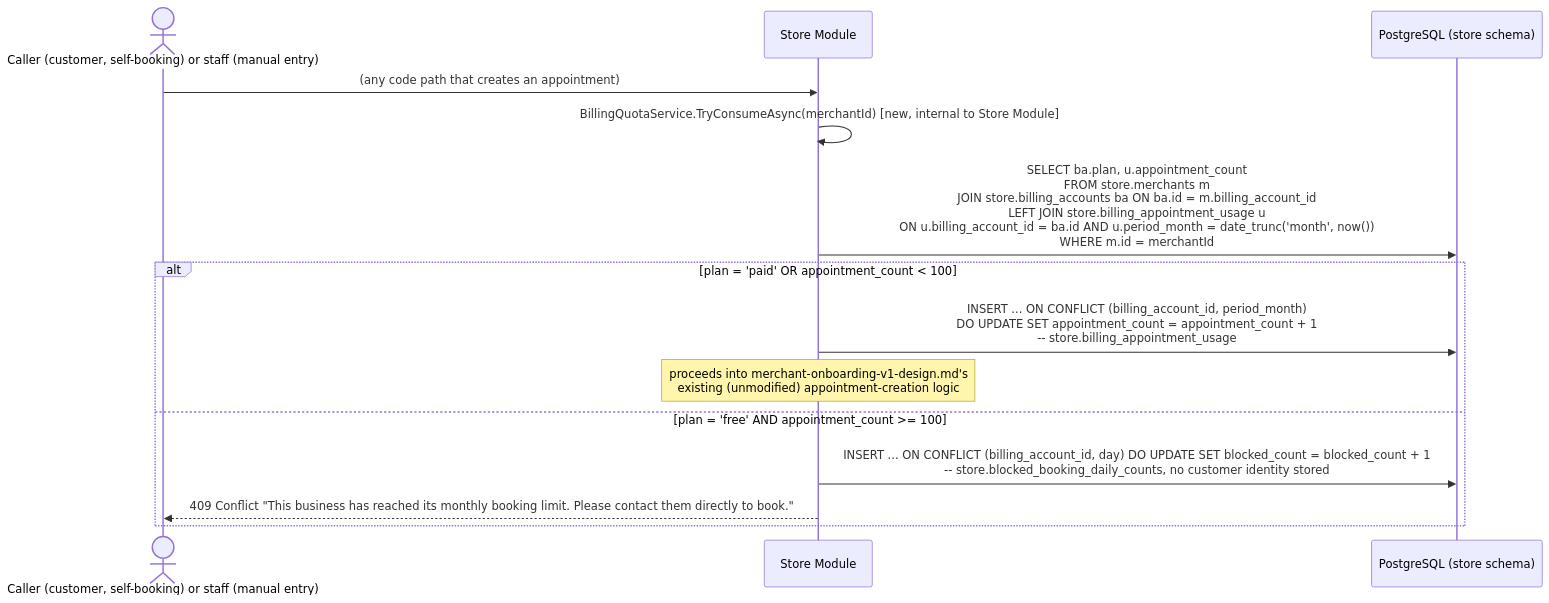
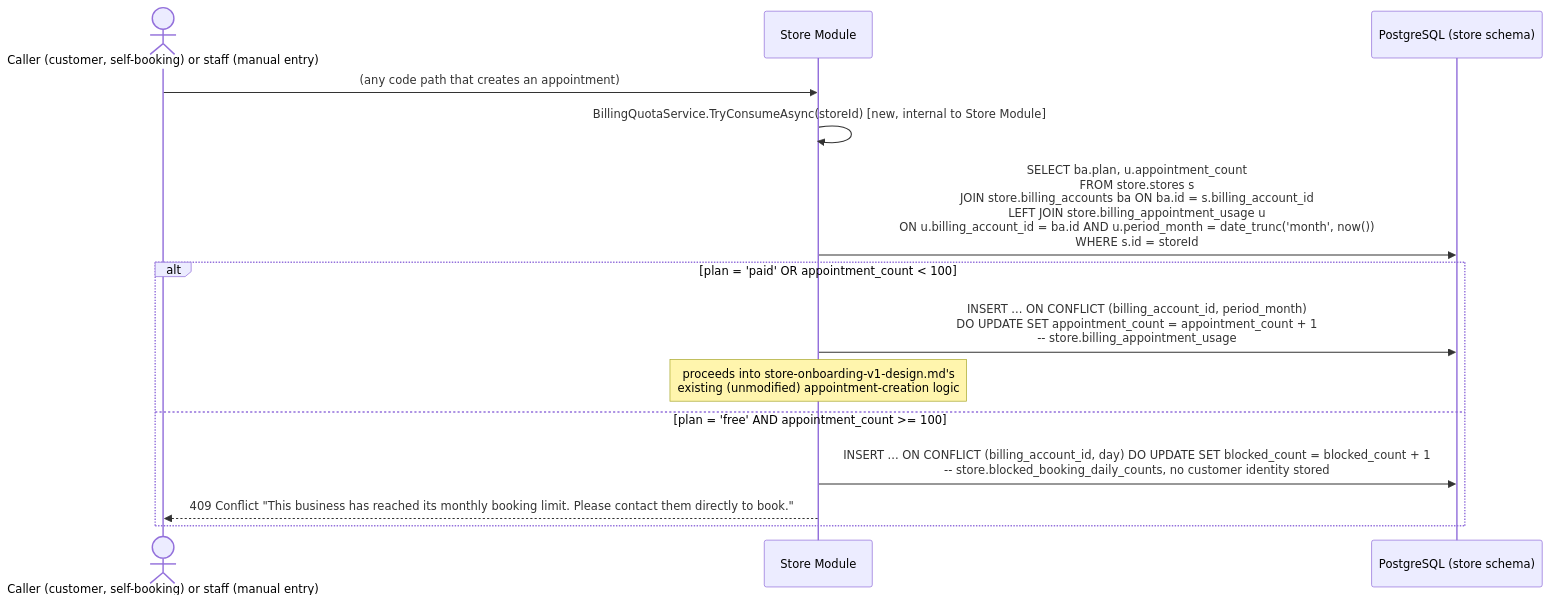
Before and after one commit to szhanggit/appointmentsystemdesign: the second of 6 diagrams in usercasestudy/groway-billing-workflow.md, drawn with Mermaid. The commit also changed other lines of this file, not shown here.

Commit message:
terminology: Chain=连锁, store=一家店; merchant retired (reserved for future use)

````diff
--- a/usercasestudy/groway-billing-workflow.md
+++ b/usercasestudy/groway-billing-workflow.md
@@ -82,17 +82,17 @@
 ```mermaid
 sequenceDiagram
     actor C as Caller (customer, self-booking) or staff (manual entry)
     participant SM as Store Module
     participant DB as PostgreSQL (store schema)
 
     C->>SM: (any code path that creates an appointment)
-    SM->>SM: BillingQuotaService.TryConsumeAsync(merchantId) [new, internal to Store Module]
-    SM->>DB: SELECT ba.plan, u.appointment_count<br/>FROM store.merchants m<br/>JOIN store.billing_accounts ba ON ba.id = m.billing_account_id<br/>LEFT JOIN store.billing_appointment_usage u<br/>  ON u.billing_account_id = ba.id AND u.period_month = date_trunc('month', now())<br/>WHERE m.id = merchantId
+    SM->>SM: BillingQuotaService.TryConsumeAsync(storeId) [new, internal to Store Module]
+    SM->>DB: SELECT ba.plan, u.appointment_count<br/>FROM store.stores s<br/>JOIN store.billing_accounts ba ON ba.id = s.billing_account_id<br/>LEFT JOIN store.billing_appointment_usage u<br/>  ON u.billing_account_id = ba.id AND u.period_month = date_trunc('month', now())<br/>WHERE s.id = storeId
     alt plan = 'paid'  OR  appointment_count < 100
         SM->>DB: INSERT ... ON CONFLICT (billing_account_id, period_month)<br/>DO UPDATE SET appointment_count = appointment_count + 1<br/>-- store.billing_appointment_usage
-        Note over SM: proceeds into merchant-onboarding-v1-design.md's<br/>existing (unmodified) appointment-creation logic
+        Note over SM: proceeds into store-onboarding-v1-design.md's<br/>existing (unmodified) appointment-creation logic
     else plan = 'free'  AND  appointment_count >= 100
         SM->>DB: INSERT ... ON CONFLICT (billing_account_id, day) DO UPDATE SET blocked_count = blocked_count + 1<br/>-- store.blocked_booking_daily_counts, no customer identity stored
         SM-->>C: 409 Conflict "This business has reached its monthly booking limit. Please contact them directly to book."
     end
 ```
````
